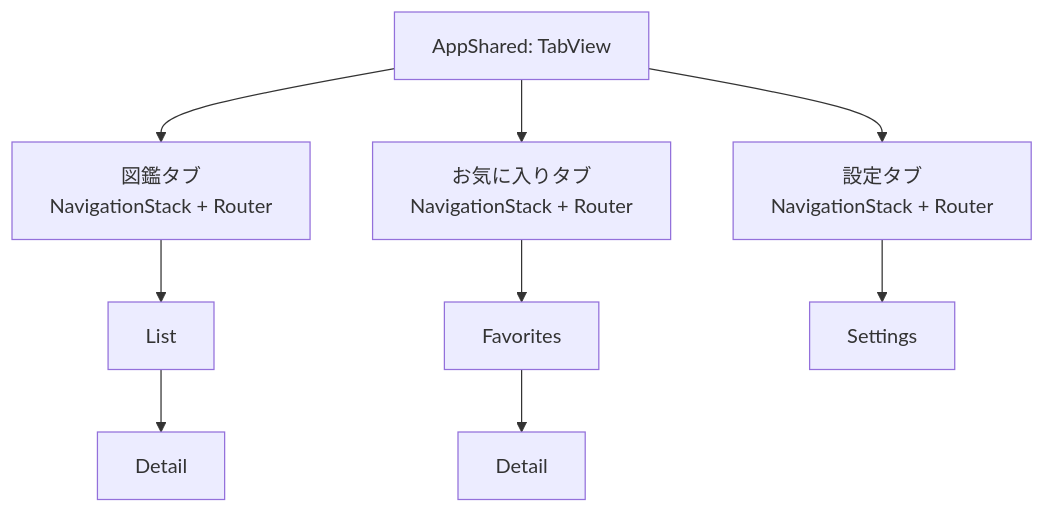
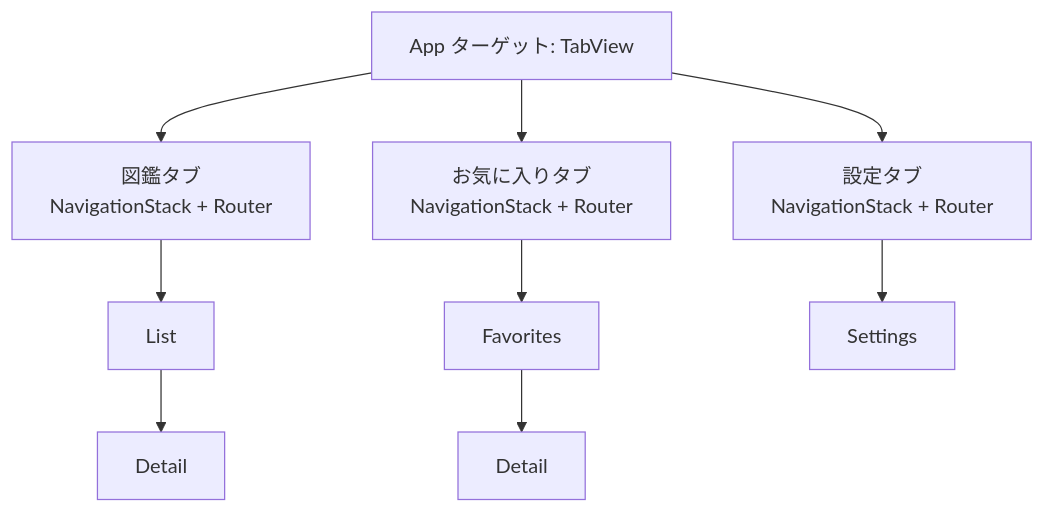
The third of 4 diagrams in docs/architecture.md (chippy-ao/swift-pokedex), drawn with Mermaid before and after one commit. The commit also changed other lines of this file and 5 other files, not shown here.

Commit message:
docs: AppShared をやめて骨組みで決めたことを反映

````diff
--- a/docs/architecture.md
+++ b/docs/architecture.md
@@ -393,10 +390,10 @@
 ```mermaid
 flowchart TD
-    Tab["AppShared: TabView"]
+    Tab["App ターゲット: TabView"]
     Tab --> T1["図鑑タブ<br/>NavigationStack + Router"]
     Tab --> T2["お気に入りタブ<br/>NavigationStack + Router"]
     Tab --> T3["設定タブ<br/>NavigationStack + Router"]
     T1 --> L["List"] --> D1["Detail"]
     T2 --> F["Favorites"] --> D2["Detail"]
     T3 --> S["Settings"]
 ```
````
